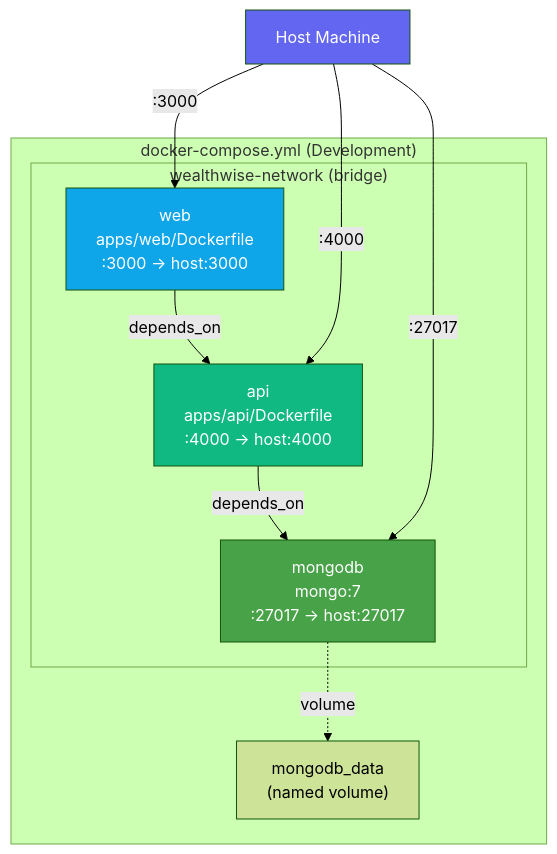
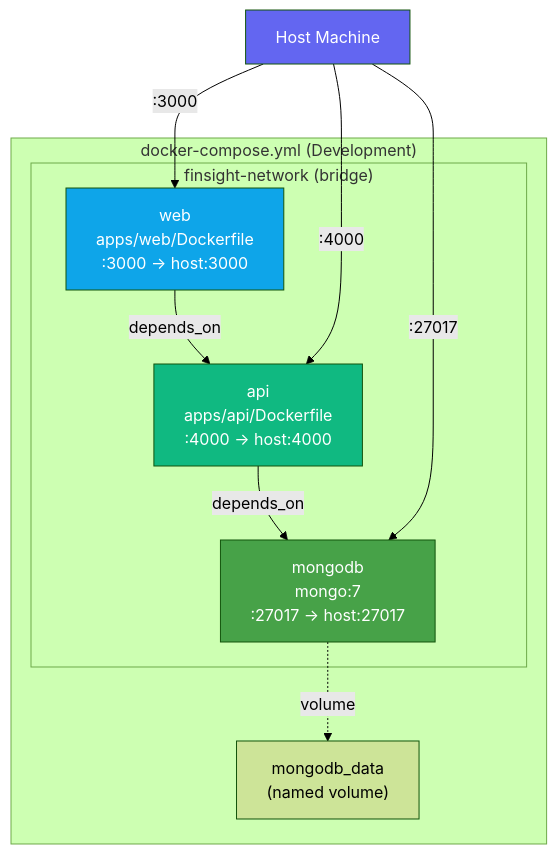
One commit to Swayam7Garg/Finsight changed the fourth of 33 diagrams in DEVOPS.md. Above: the diagram before and after it, drawn with Mermaid (forest theme). The commit also changed other lines of this file and 429 other files, not shown here.

````diff
--- a/DEVOPS.md
+++ b/DEVOPS.md
@@ -263,23 +263,23 @@
 ```mermaid
 graph TB
     subgraph "docker-compose.yml (Development)"
-        subgraph "wealthwise-network (bridge)"
+        subgraph "finsight-network (bridge)"
             MongoDB["mongodb<br/>mongo:7<br/>:27017 → host:27017"]
             APIdev["api<br/>apps/api/Dockerfile<br/>:4000 → host:4000"]
             Webdev["web<br/>apps/web/Dockerfile<br/>:3000 → host:3000"]
         end
         Vol["mongodb_data<br/>(named volume)"]
     end
 
     MongoDB -.->|volume| Vol
     APIdev -->|depends_on| MongoDB
     Webdev -->|depends_on| APIdev
     Host[Host Machine] -->|:27017| MongoDB
     Host -->|:4000| APIdev
     Host -->|:3000| Webdev
 
     style MongoDB fill:#47a248,color:#fff
     style APIdev fill:#10b981,color:#fff
     style Webdev fill:#0ea5e9,color:#fff
     style Host fill:#6366f1,color:#fff
 ```
````
